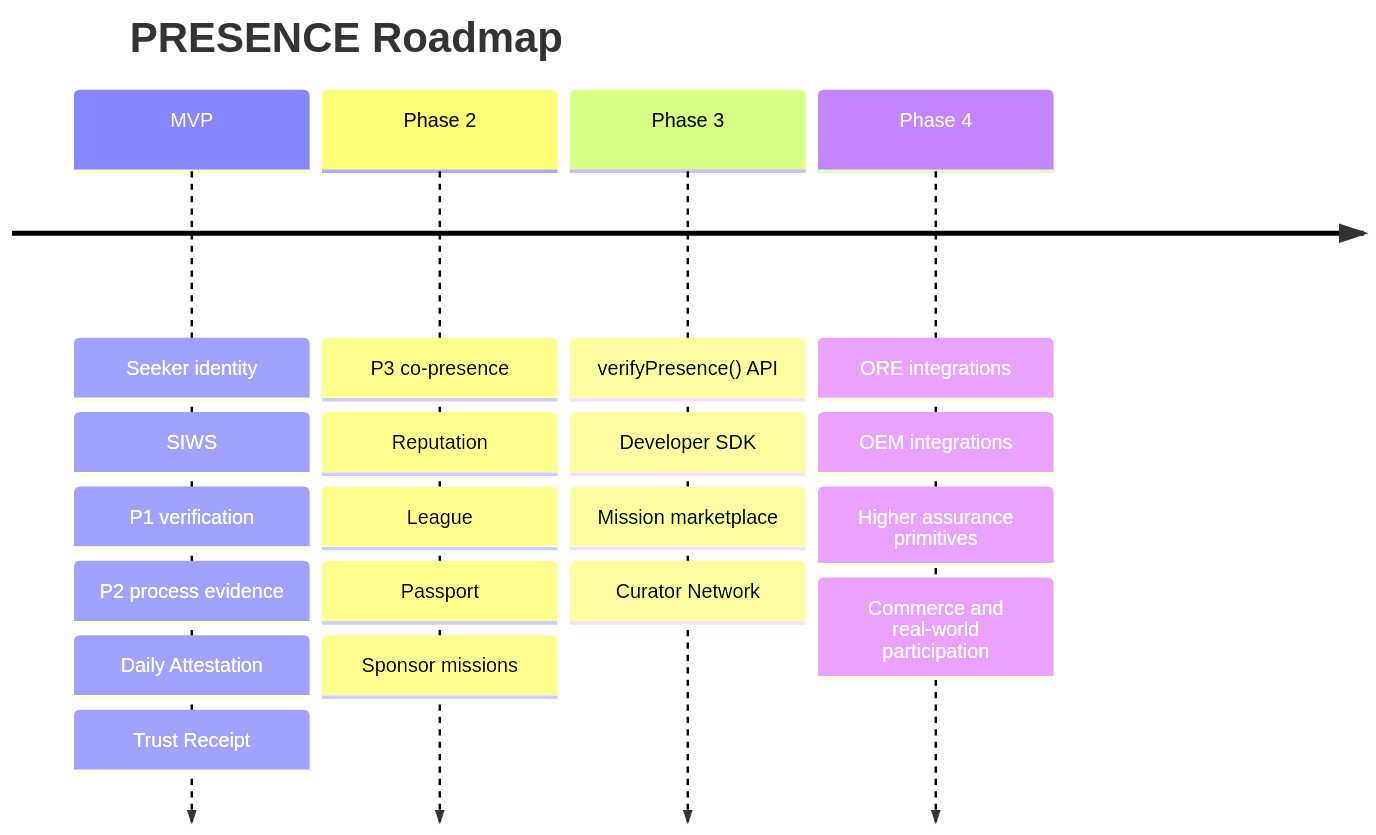
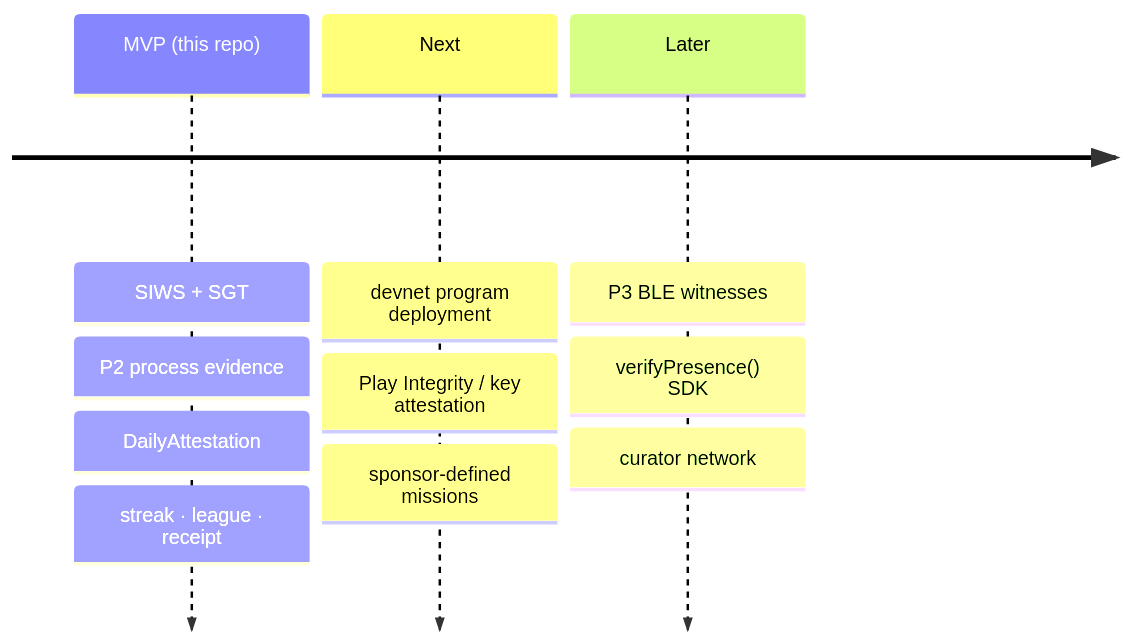
One commit to Aaditya1273/Mewtwo changed the second of 2 diagrams in README.md. Above: the diagram before and after it, drawn with Mermaid. The commit also changed other lines of this file and 14 other files, not shown here.

Commit message:
docs: rewrite README and add architecture, trust, evidence, security, policy and integration docs

````diff
--- a/README.md
+++ b/README.md
@@ -1938,28 +166,6 @@
 ```mermaid
 timeline
-
-    title PRESENCE Roadmap
-
-    MVP : Seeker identity
-         : SIWS
-         : P1 verification
-         : P2 process evidence
-         : Daily Attestation
-         : Trust Receipt
-
-    Phase 2 : P3 co-presence
-             : Reputation
-             : League
-             : Passport
-             : Sponsor missions
-
-    Phase 3 : verifyPresence() API
-             : Developer SDK
-             : Mission marketplace
-             : Curator Network
-
-    Phase 4 : ORE integrations
-             : OEM integrations
-             : Higher assurance primitives
-             : Commerce and real-world participation
+    MVP (this repo) : SIWS + SGT : P2 process evidence : DailyAttestation : streak · league · receipt
+    Next : devnet program deployment : Play Integrity / key attestation : sponsor-defined missions
+    Later : P3 BLE witnesses : verifyPresence() SDK : curator network
 ```
````
